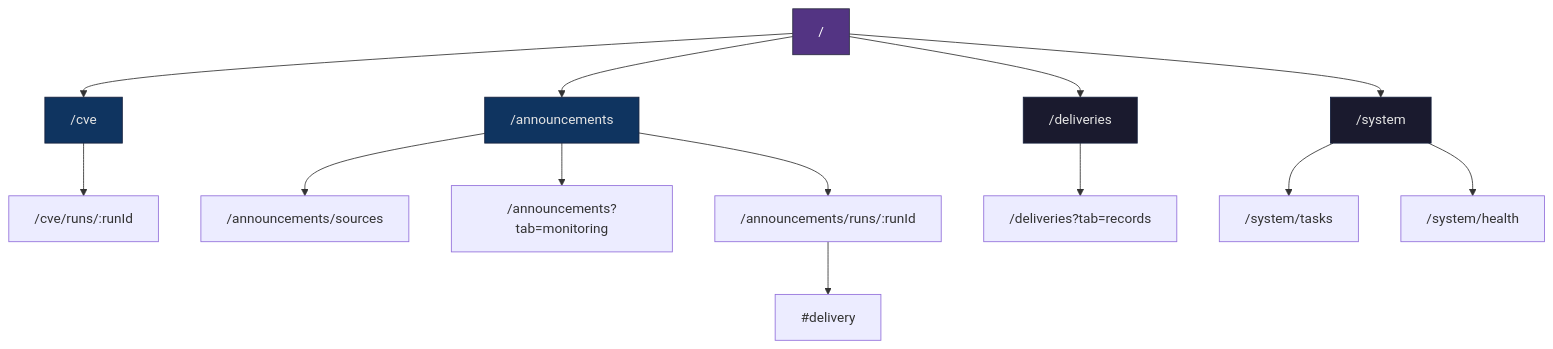
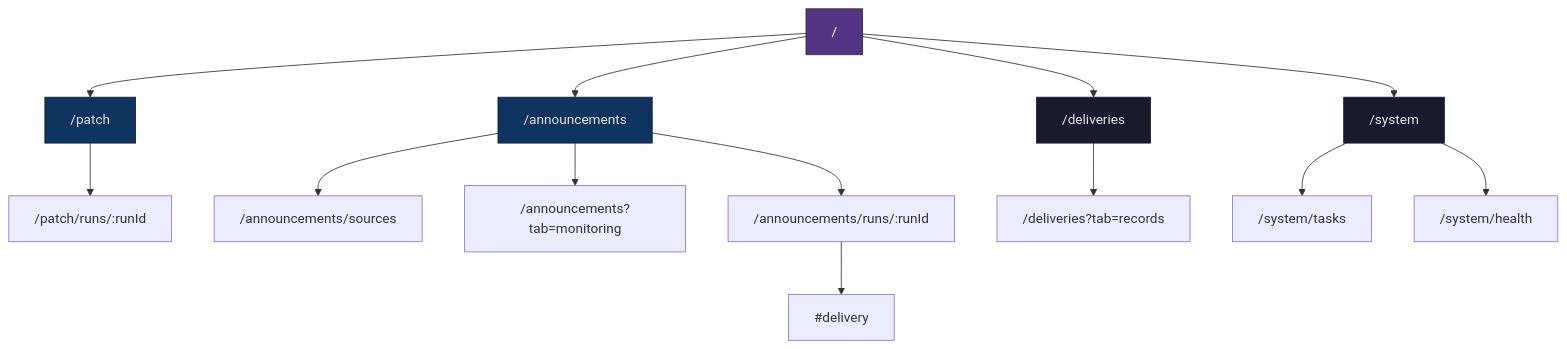
Before and after one commit to coeoo/AetherFlow: the first of 2 diagrams in docs/03-系统架构/前端架构设计.md, drawn with Mermaid. The commit also changed other lines of this file and 26 other files, not shown here.

````diff
--- a/docs/03-系统架构/前端架构设计.md
+++ b/docs/03-系统架构/前端架构设计.md
@@ -48,25 +48,25 @@
 ```mermaid
 flowchart TB
-    ROOT["/"] --> CVE["/cve"]
+    ROOT["/"] --> CVE["/patch"]
     ROOT --> ANN["/announcements"]
     ROOT --> DEL["/deliveries"]
     ROOT --> SYS["/system"]
 
-    CVE --> CVE_RUN["/cve/runs/:runId"]
+    CVE --> CVE_RUN["/patch/runs/:runId"]
 
     ANN --> ANN_SRC["/announcements/sources"]
     ANN --> ANN_MON["/announcements?tab=monitoring"]
     ANN --> ANN_RUN["/announcements/runs/:runId"]
     ANN_RUN --> ANN_DEL["#delivery"]
 
     DEL --> DEL_REC["/deliveries?tab=records"]
 
     SYS --> SYS_TASK["/system/tasks"]
     SYS --> SYS_HP["/system/health"]
 
     style ROOT fill:#533483,stroke:#2b2d42,color:#fff
     style CVE fill:#0f3460,stroke:#16213e,color:#e4e4e4
     style ANN fill:#0f3460,stroke:#16213e,color:#e4e4e4
     style DEL fill:#1a1a2e,stroke:#16213e,color:#e4e4e4
     style SYS fill:#1a1a2e,stroke:#16213e,color:#e4e4e4
 ```
````
